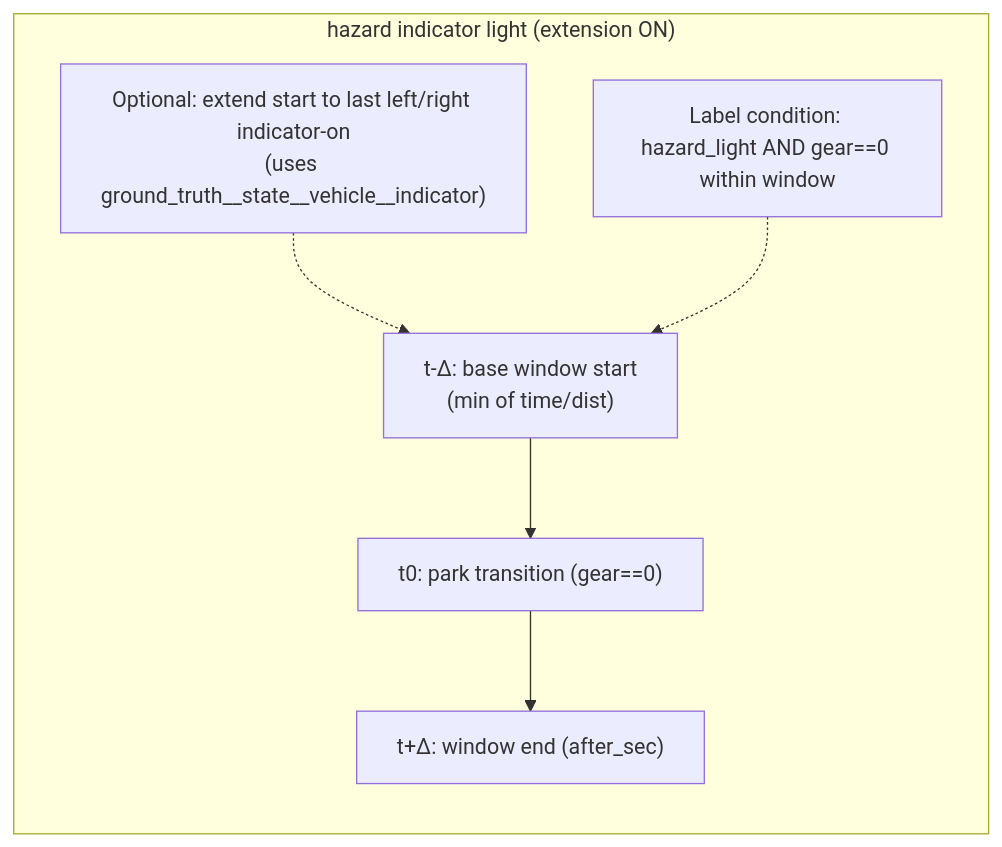
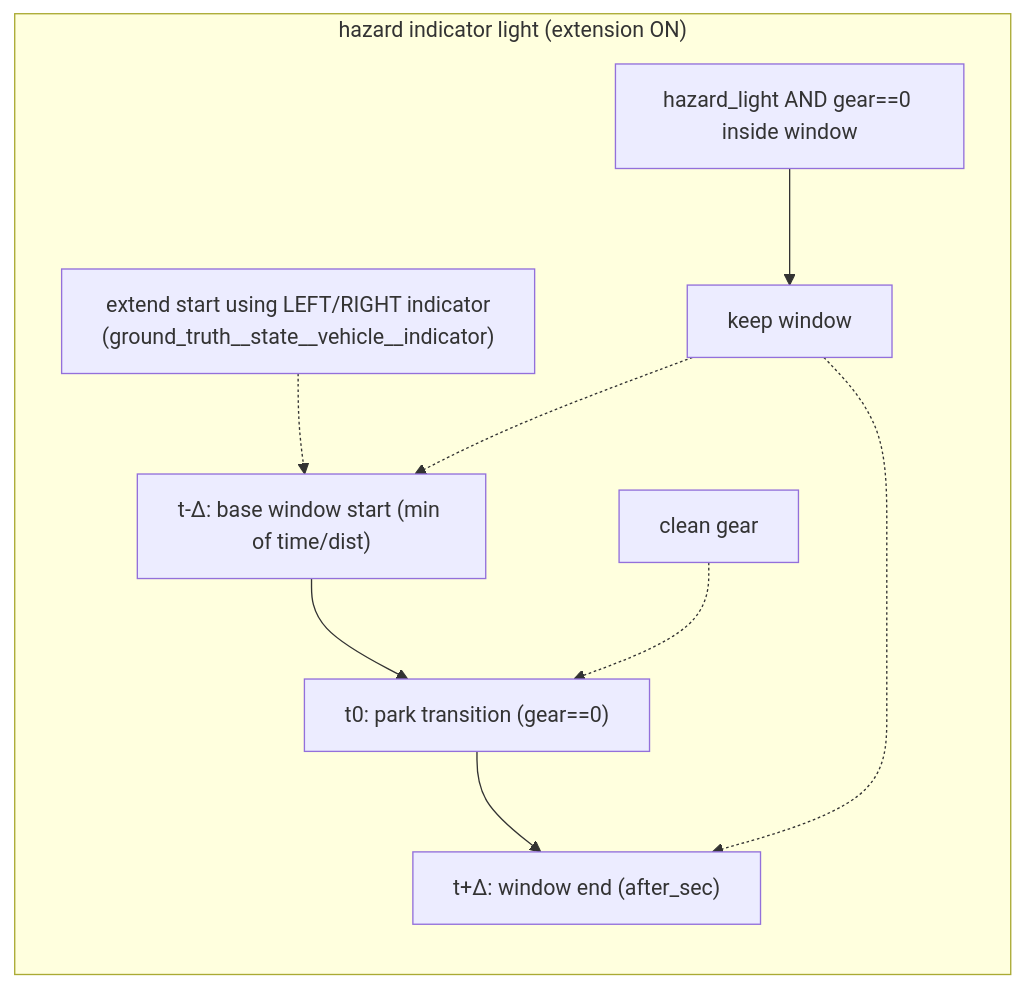
One commit to borisindelman-oss/vault changed the fourth of 5 diagrams in codex/WayveCode/projects/zak-classifiers-parking-maneuver.md. Above: the diagram before and after it, drawn with Mermaid. The commit also changed other lines of this file, not shown here.

````diff
--- a/codex/WayveCode/projects/zak-classifiers-parking-maneuver.md
+++ b/codex/WayveCode/projects/zak-classifiers-parking-maneuver.md
@@ -63,9 +72,12 @@
 ```mermaid
 flowchart LR
-    subgraph hazard_default["hazard indicator light (extension ON)"]
-        A["t-Δ: base window start<br/>(min of time/dist)"] --> B["t0: park transition (gear==0)"]
+    subgraph HZ_ON["hazard indicator light (extension ON)"]
+        A["t-Δ: base window start (min of time/dist)"] --> B["t0: park transition (gear==0)"]
         B --> C["t+Δ: window end (after_sec)"]
-        D["Optional: extend start to last left/right indicator-on<br/>(uses ground_truth__state__vehicle__indicator)"] -.-> A
-        E["Label condition: hazard_light AND gear==0 within window"] -.-> A
+        CLEAN["clean gear"] -.-> B
+        EXT["extend start using LEFT/RIGHT indicator<br/>(ground_truth__state__vehicle__indicator)"] -.-> A
+        LABEL["hazard_light AND gear==0 inside window"] --> KEEP["keep window"]
+        KEEP -.-> A
+        KEEP -.-> C
     end
 ```
````
